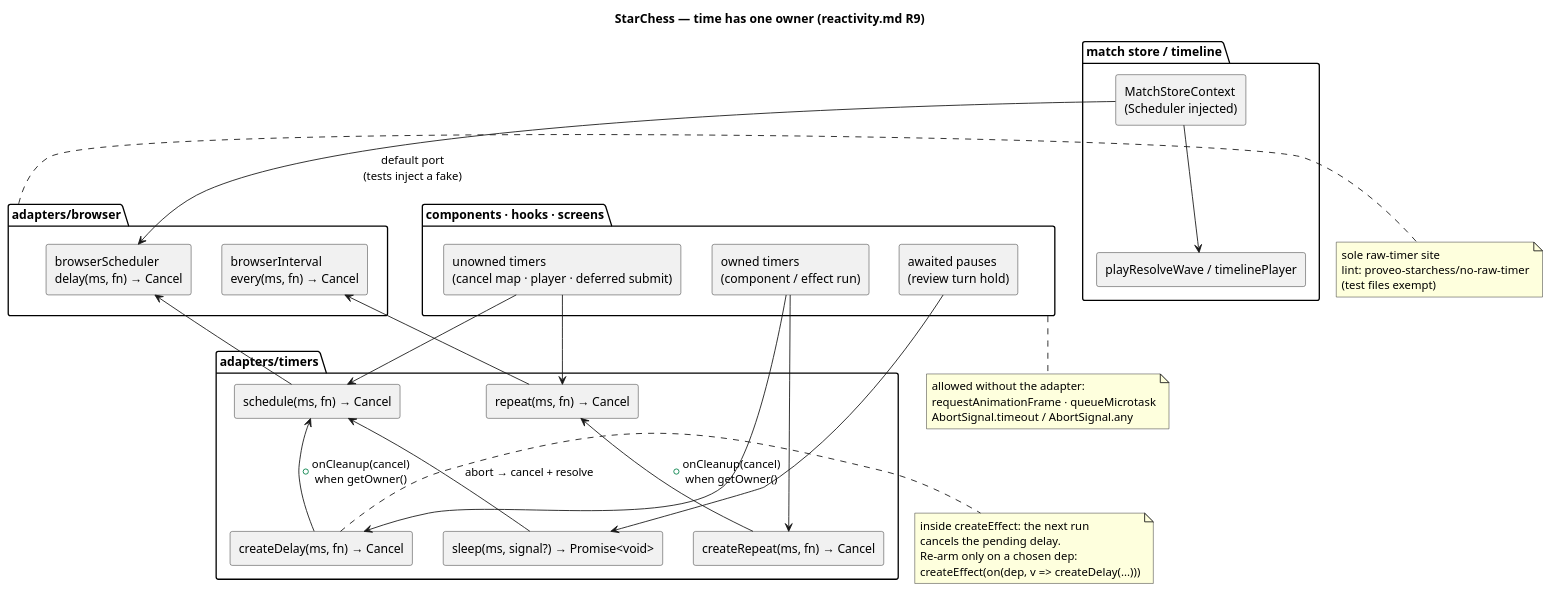
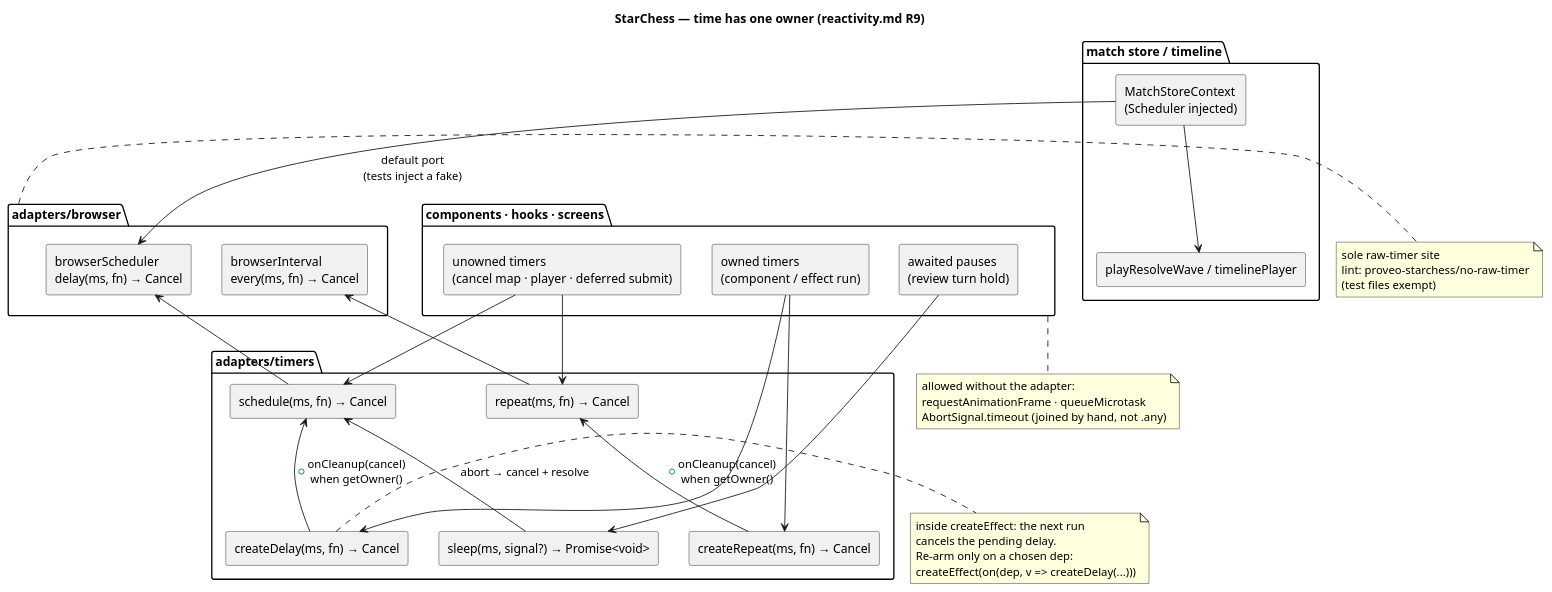
Before and after one commit to proveo-ca/chess-coach: the diagram in _spec/apps/starchess/architecture/timers.puml, drawn with PlantUML. The commit also changed 53 other files, not shown here.

```diff
--- a/_spec/apps/starchess/architecture/timers.puml
+++ b/_spec/apps/starchess/architecture/timers.puml
@@ -1,64 +1,64 @@
 @startuml timers
 title StarChess — time has one owner (reactivity.md R9)
 
 skinparam componentStyle rectangle
 skinparam shadowing false
 
 package "adapters/browser" as browser {
   [browserScheduler\ndelay(ms, fn) → Cancel] as bs
   [browserInterval\nevery(ms, fn) → Cancel] as bi
 }
 
 package "adapters/timers" as timers {
   [schedule(ms, fn) → Cancel] as sch
   [repeat(ms, fn) → Cancel] as rep
   [createDelay(ms, fn) → Cancel] as cd
   [createRepeat(ms, fn) → Cancel] as cr
   [sleep(ms, signal?) → Promise<void>] as slp
 }
 
 package "match store / timeline" as tl {
   [MatchStoreContext\n(Scheduler injected)] as msc
   [playResolveWave / timelinePlayer] as prw
 }
 
 package "components · hooks · screens" as ui {
   [owned timers\n(component / effect run)] as own
   [unowned timers\n(cancel map · player · deferred submit)] as unown
   [awaited pauses\n(review turn hold)] as await
 }
 
 bs <-- sch
 bi <-- rep
 sch <-- cd : + onCleanup(cancel)\nwhen getOwner()
 rep <-- cr : + onCleanup(cancel)\nwhen getOwner()
 sch <-- slp : abort → cancel + resolve
 
 msc --> bs : default port\n(tests inject a fake)
 msc --> prw
 
 own --> cd
 own --> cr
 unown --> sch
 unown --> rep
 await --> slp
 
 note right of browser
   sole raw-timer site
   lint: proveo-starchess/no-raw-timer
   (test files exempt)
 end note
 
 note bottom of ui
   allowed without the adapter:
   requestAnimationFrame · queueMicrotask
-  AbortSignal.timeout / AbortSignal.any
+  AbortSignal.timeout (joined by hand, not .any)
 end note
 
 note right of cd
   inside createEffect: the next run
   cancels the pending delay.
   Re-arm only on a chosen dep:
   createEffect(on(dep, v => createDelay(...)))
 end note
 @enduml
```
